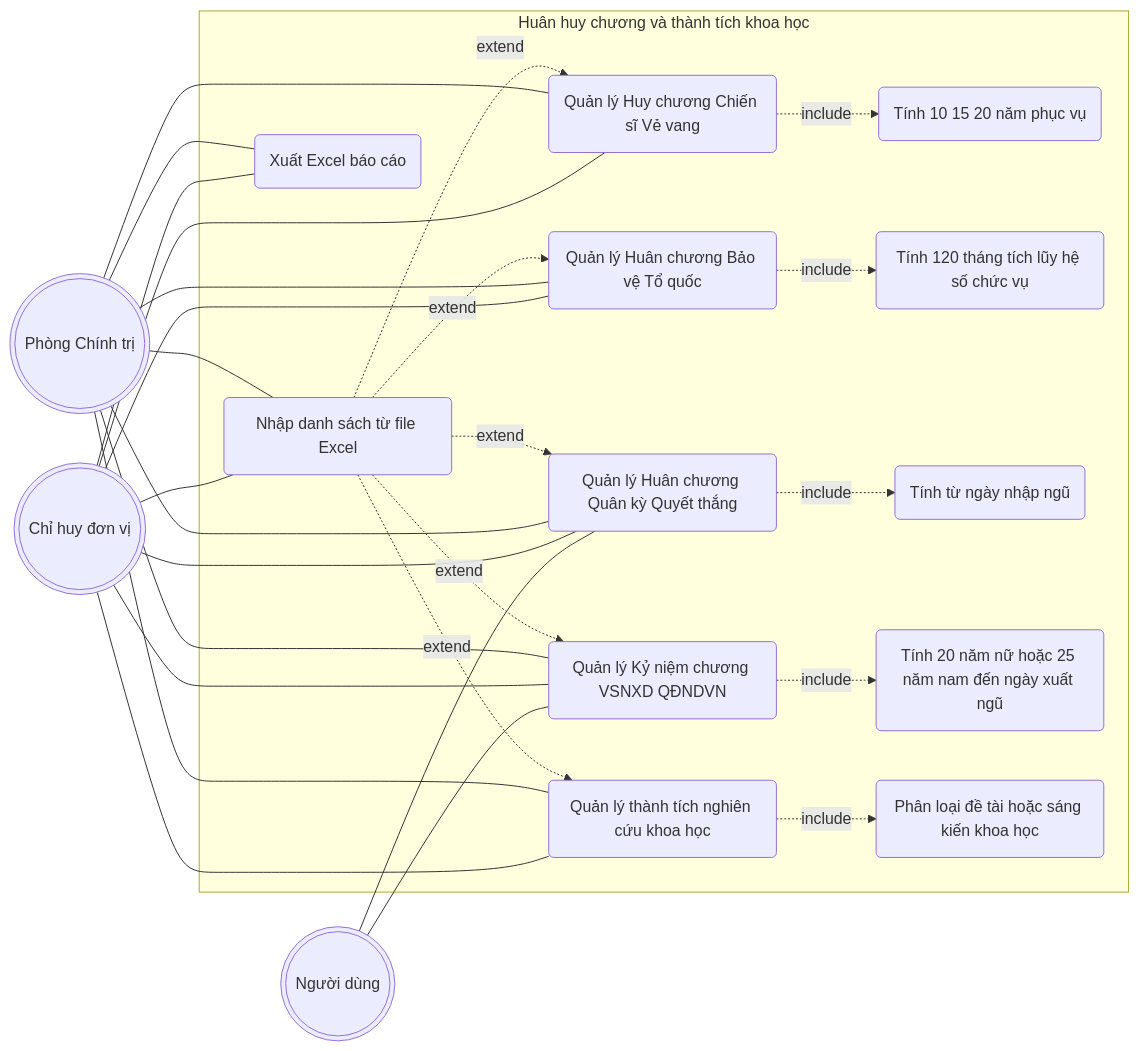
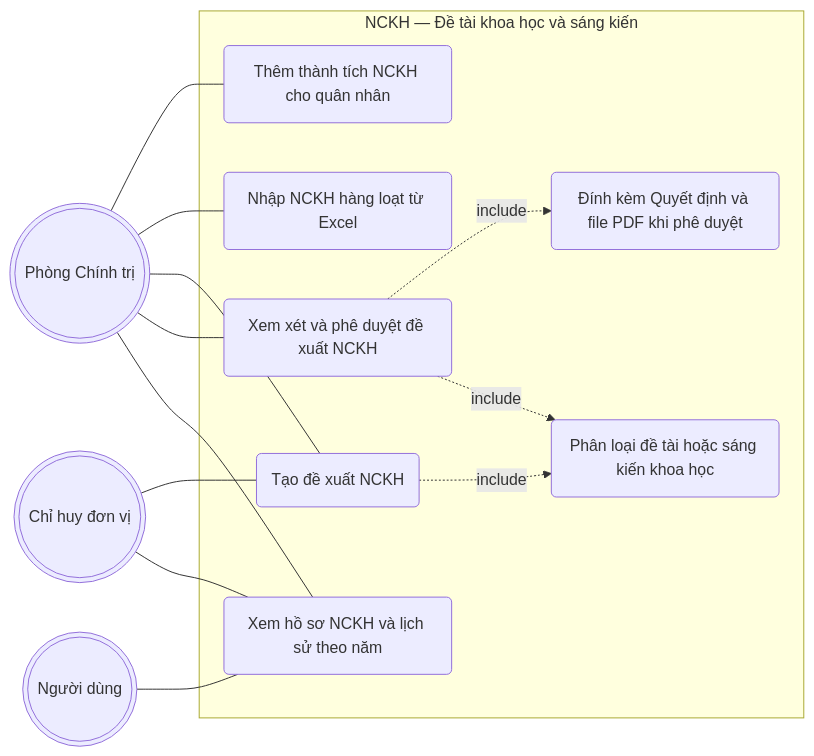
Diagram 11 of 19 in docs/diagrams/01-use-case.md (tranducbk/DATN_PM_QLKT), drawn with Mermaid before and after one commit. The commit also changed other lines of this file and 150 other files, not shown here.

First line of the commit message:
docs: thêm reading-guide comments + ERD + race conditions doc

````diff
--- a/docs/diagrams/01-use-case.md
+++ b/docs/diagrams/01-use-case.md
@@ -295,46 +495,31 @@
 ```mermaid
 flowchart LR
     AD(((Phòng Chính trị)))
     MG(((Chỉ huy đơn vị)))
     US(((Người dùng)))
 
-    subgraph SYS[Huân huy chương và thành tích khoa học]
-        UC1(Quản lý Huy chương Chiến sĩ Vẻ vang)
-        UC2(Quản lý Huân chương Bảo vệ Tổ quốc)
-        UC3(Quản lý Huân chương Quân kỳ Quyết thắng)
-        UC4(Quản lý Kỷ niệm chương VSNXD QĐNDVN)
-        UC5(Quản lý thành tích nghiên cứu khoa học)
-        UC6(Nhập danh sách từ file Excel)
-        UC7(Xuất Excel báo cáo)
+    subgraph SYS[NCKH — Đề tài khoa học và sáng kiến]
+        UC1(Thêm thành tích NCKH cho quân nhân)
+        UC2(Nhập NCKH hàng loạt từ Excel)
+        UC3(Tạo đề xuất NCKH)
+        UC4(Xem xét và phê duyệt đề xuất NCKH)
+        UC5(Đính kèm Quyết định và file PDF khi phê duyệt)
+        UC6(Phân loại đề tài hoặc sáng kiến khoa học)
+        UC7(Xem hồ sơ NCKH và lịch sử theo năm)
 
-        UC1 -.->|include| UC1A(Tính 10 15 20 năm phục vụ)
-        UC2 -.->|include| UC2A(Tính 120 tháng tích lũy hệ số chức vụ)
-        UC3 -.->|include| UC3A(Tính từ ngày nhập ngũ)
-        UC4 -.->|include| UC4A(Tính 20 năm nữ hoặc 25 năm nam đến ngày xuất ngũ)
-        UC5 -.->|include| UC5A(Phân loại đề tài hoặc sáng kiến khoa học)
-        UC6 -.->|extend| UC1
-        UC6 -.->|extend| UC2
-        UC6 -.->|extend| UC3
-        UC6 -.->|extend| UC4
-        UC6 -.->|extend| UC5
+        UC4 -.->|include| UC5
+        UC3 -.->|include| UC6
+        UC4 -.->|include| UC6
     end
 
     AD --- UC1
     AD --- UC2
     AD --- UC3
     AD --- UC4
-    AD --- UC5
-    AD --- UC6
     AD --- UC7
 
-    MG --- UC1
-    MG --- UC2
     MG --- UC3
-    MG --- UC4
-    MG --- UC5
-    MG --- UC6
     MG --- UC7
 
-    US --- UC3
-    US --- UC4
+    US --- UC7
 ```
````
